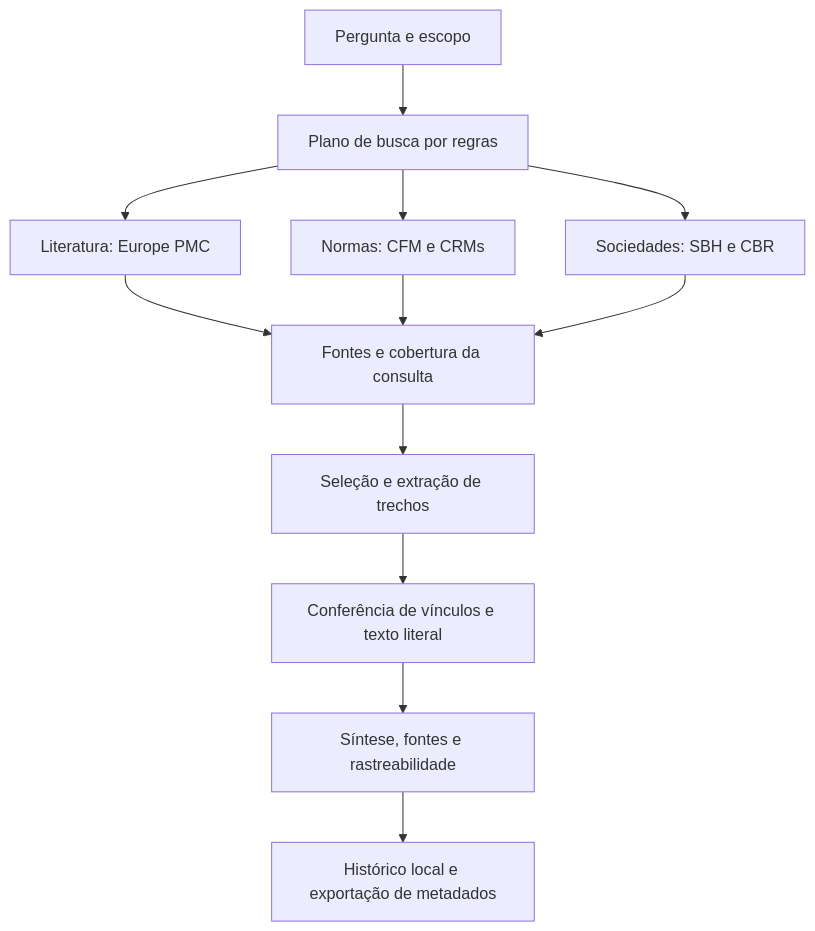
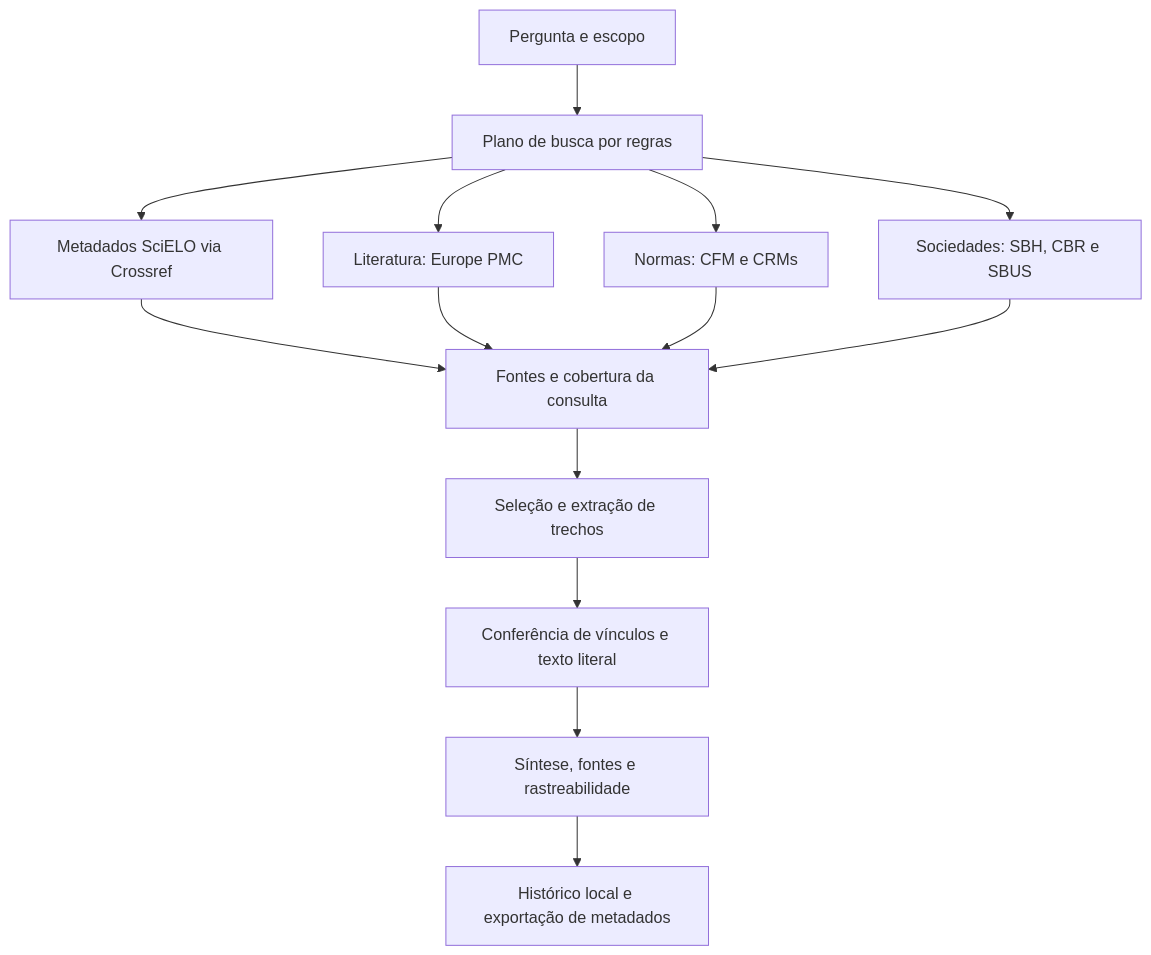
One commit to Xdiag-IA/xpesquisa changed the diagram in README.md. Above: the diagram before and after it, drawn with Mermaid. The commit also changed other lines of this file and 22 other files, not shown here.

````diff
--- a/README.md
+++ b/README.md
@@ -71,14 +71,16 @@
 ```mermaid
 flowchart TD
     A[Pergunta e escopo] --> B[Plano de busca por regras]
     B --> C[Literatura: Europe PMC]
     B --> D[Normas: CFM e CRMs]
-    B --> E[Sociedades: SBH e CBR]
+    B --> E[Sociedades: SBH, CBR e SBUS]
+    B --> K[Metadados SciELO via Crossref]
+    K --> F
     C --> F[Fontes e cobertura da consulta]
     D --> F
     E --> F
     F --> G[Seleção e extração de trechos]
     G --> H[Conferência de vínculos e texto literal]
     H --> I[Síntese, fontes e rastreabilidade]
     I --> J[Histórico local e exportação de metadados]
 ```
````
